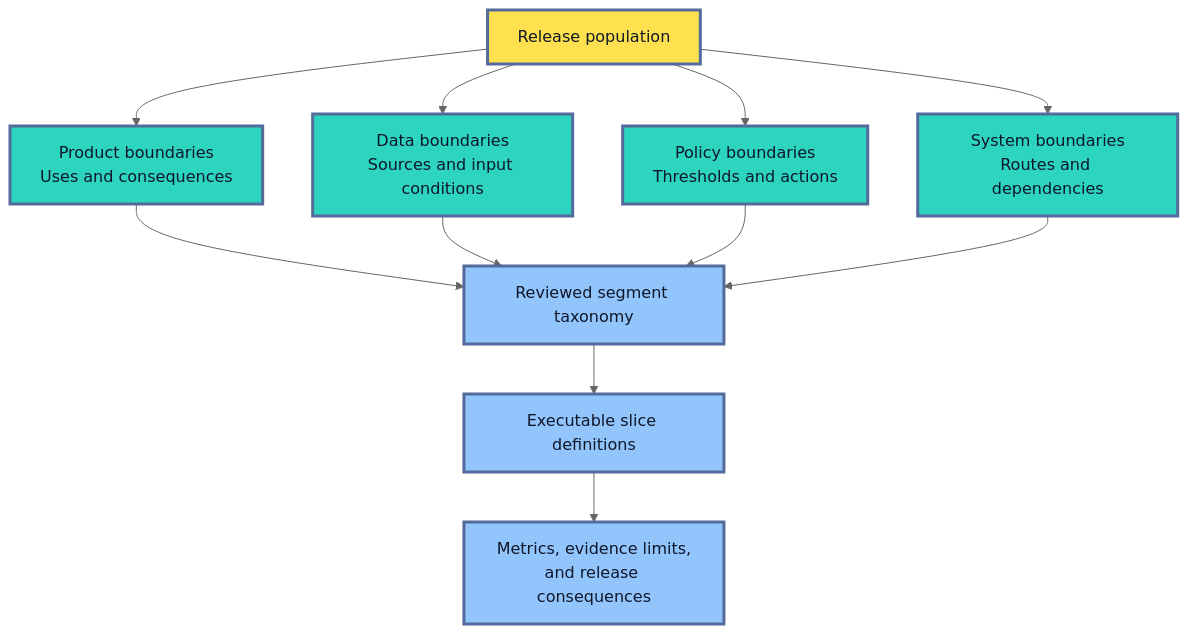
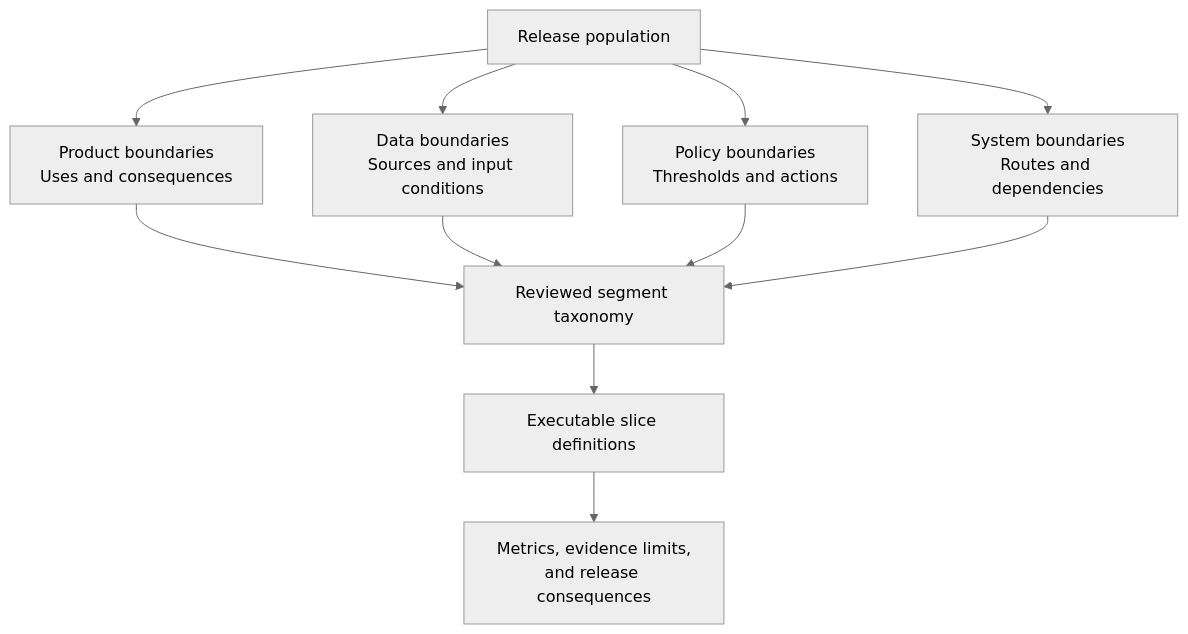
One commit to senlinyy/dev-roadmaps changed the fourth of 12 diagrams in roadmaps/mlops/modules/model-evaluation/production-readiness/01-segment-evaluation-edge-cases.md. Above: the diagram before and after it, drawn with Mermaid (neutral theme). The commit also changed other lines of this file and 152 other files, not shown here.

Commit message:
feat: mlops and diagrams updated

````diff
--- a/roadmaps/mlops/modules/model-evaluation/production-readiness/01-segment-evaluation-edge-cases.md
+++ b/roadmaps/mlops/modules/model-evaluation/production-readiness/01-segment-evaluation-edge-cases.md
@@ -268,20 +260,17 @@
 ```mermaid
 flowchart TD
     A["Release population"] --> B["Product boundaries<br/>Uses and consequences"]
     A --> C["Data boundaries<br/>Sources and input conditions"]
     A --> D["Policy boundaries<br/>Thresholds and actions"]
     A --> E["System boundaries<br/>Routes and dependencies"]
     B --> F["Reviewed segment taxonomy"]
     C --> F
     D --> F
     E --> F
     F --> G["Executable slice definitions"]
     G --> H["Metrics, evidence limits,<br/>and release consequences"]
 
-    classDef root fill:#FFE04F,stroke:#536A9A,stroke-width:3px,color:#111827
-    classDef boundary fill:#2DD4BF,stroke:#536A9A,stroke-width:3px,color:#0F172A
-    classDef result fill:#93C5FD,stroke:#536A9A,stroke-width:3px,color:#0F172A
     class A root
     class B,C,D,E boundary
     class F,G,H result
 ```
````
